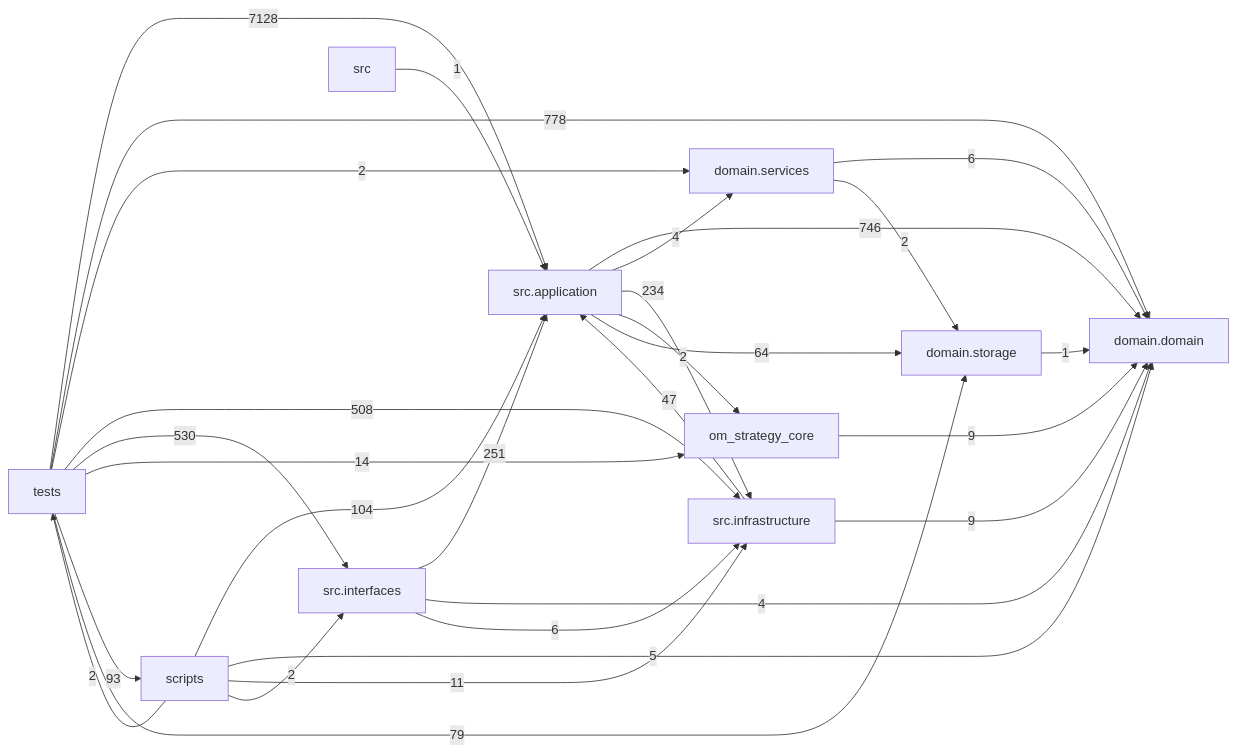
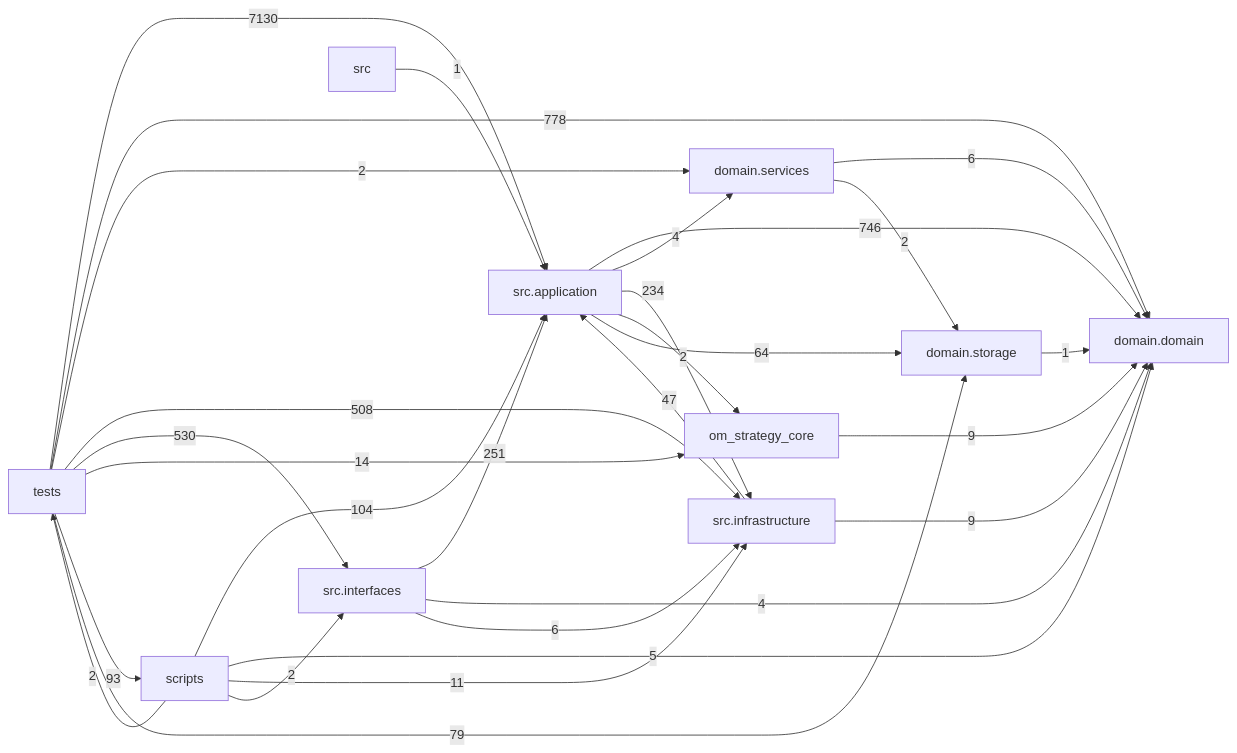
The diagram in docs/DEPENDENCY_GRAPH.md (liuxie066/options-monitor), drawn with Mermaid before and after one commit. The commit also changed other lines of this file and 5 other files, not shown here.

````diff
--- a/docs/DEPENDENCY_GRAPH.md
+++ b/docs/DEPENDENCY_GRAPH.md
@@ -24,39 +24,39 @@
 ```mermaid
 flowchart LR
   tests["tests"]
   scripts["scripts"]
   interfaces["src.interfaces"]
   application["src.application"]
   infrastructure["src.infrastructure"]
   domain_services["domain.services"]
   domain["domain.domain"]
   storage["domain.storage"]
   application -->|746| domain
   application -->|4| domain_services
   application -->|234| infrastructure
   application -->|2| om_strategy_core
   application -->|64| storage
   domain_services -->|6| domain
   domain_services -->|2| storage
   infrastructure -->|47| application
   infrastructure -->|9| domain
   interfaces -->|251| application
   interfaces -->|4| domain
   interfaces -->|6| infrastructure
   om_strategy_core -->|9| domain
   scripts -->|104| application
   scripts -->|5| domain
   scripts -->|11| infrastructure
   scripts -->|2| interfaces
   scripts -->|2| tests
   src -->|1| application
   storage -->|1| domain
-  tests -->|7128| application
+  tests -->|7130| application
   tests -->|778| domain
   tests -->|2| domain_services
   tests -->|508| infrastructure
   tests -->|530| interfaces
   tests -->|14| om_strategy_core
   tests -->|93| scripts
   tests -->|79| storage
 ```
````
